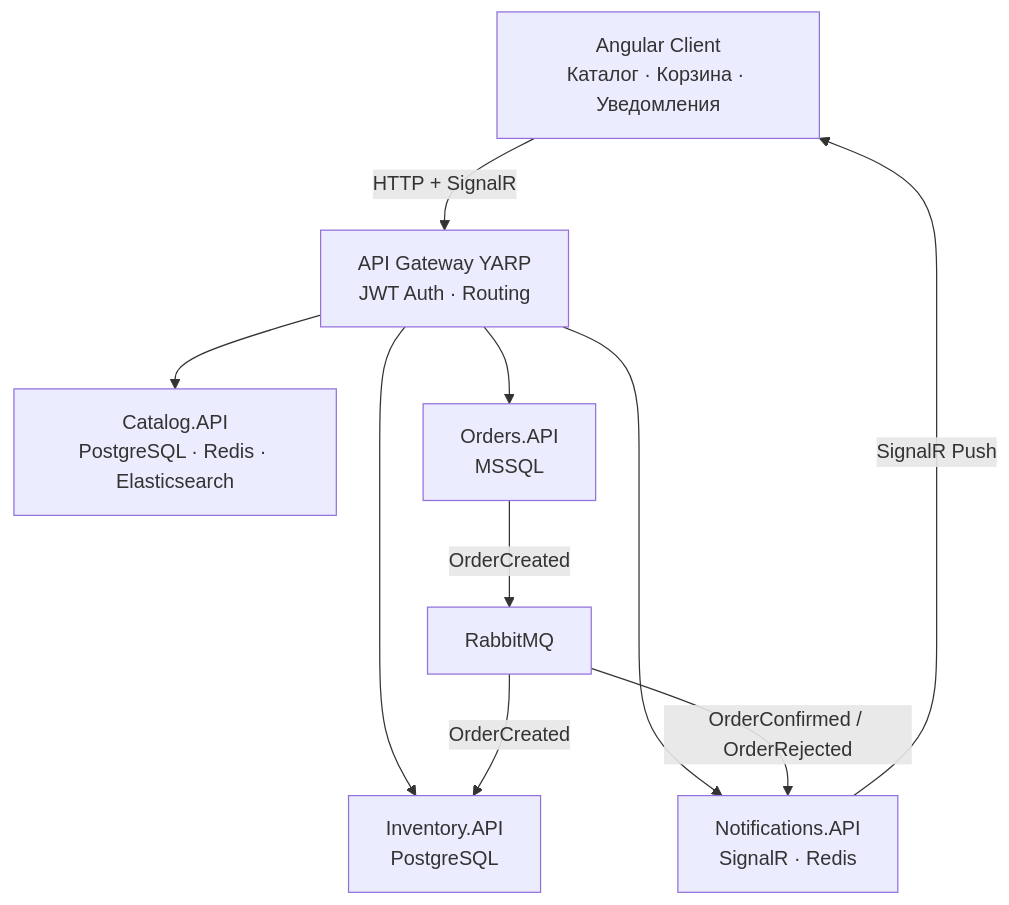
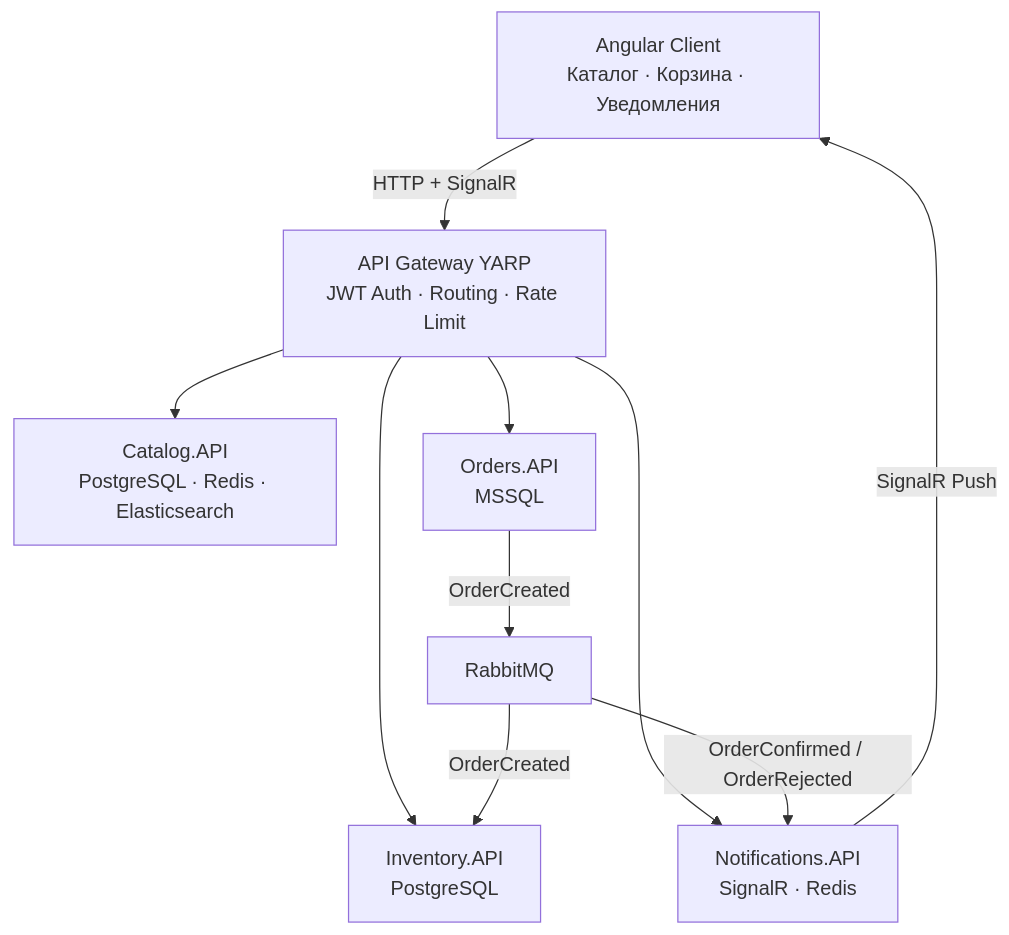
The diagram in README.md (ShershenAA/TestShateM), drawn with Mermaid before and after one commit. The commit also changed 3 other files, not shown here.

Commit message:
feat: add rate limiting to Gateway — 10 req/min for auth endpoint

````diff
--- a/README.md
+++ b/README.md
@@ -8,16 +8,16 @@
 ```mermaid
 graph TD
     A[Angular Client<br/>Каталог · Корзина · Уведомления] -->|HTTP + SignalR| B
 
-    B[API Gateway YARP<br/>JWT Auth · Routing]
+    B[API Gateway YARP<br/>JWT Auth · Routing · Rate Limit]
 
     B --> C[Catalog.API<br/>PostgreSQL · Redis · Elasticsearch]
     B --> D[Orders.API<br/>MSSQL]
     B --> E[Inventory.API<br/>PostgreSQL]
     B --> F[Notifications.API<br/>SignalR · Redis]
 
     D -->|OrderCreated| G[RabbitMQ]
     G -->|OrderCreated| E
     G -->|OrderConfirmed / OrderRejected| F
     F -->|SignalR Push| A
 ```
````
